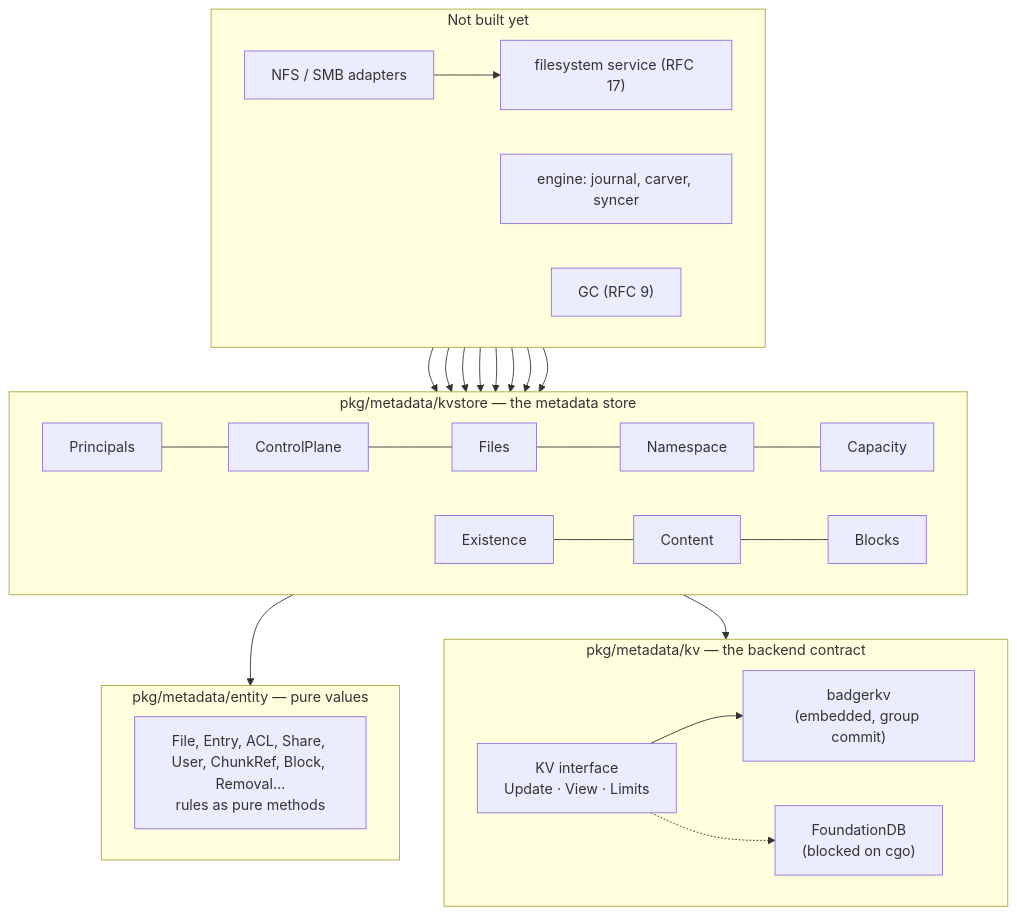
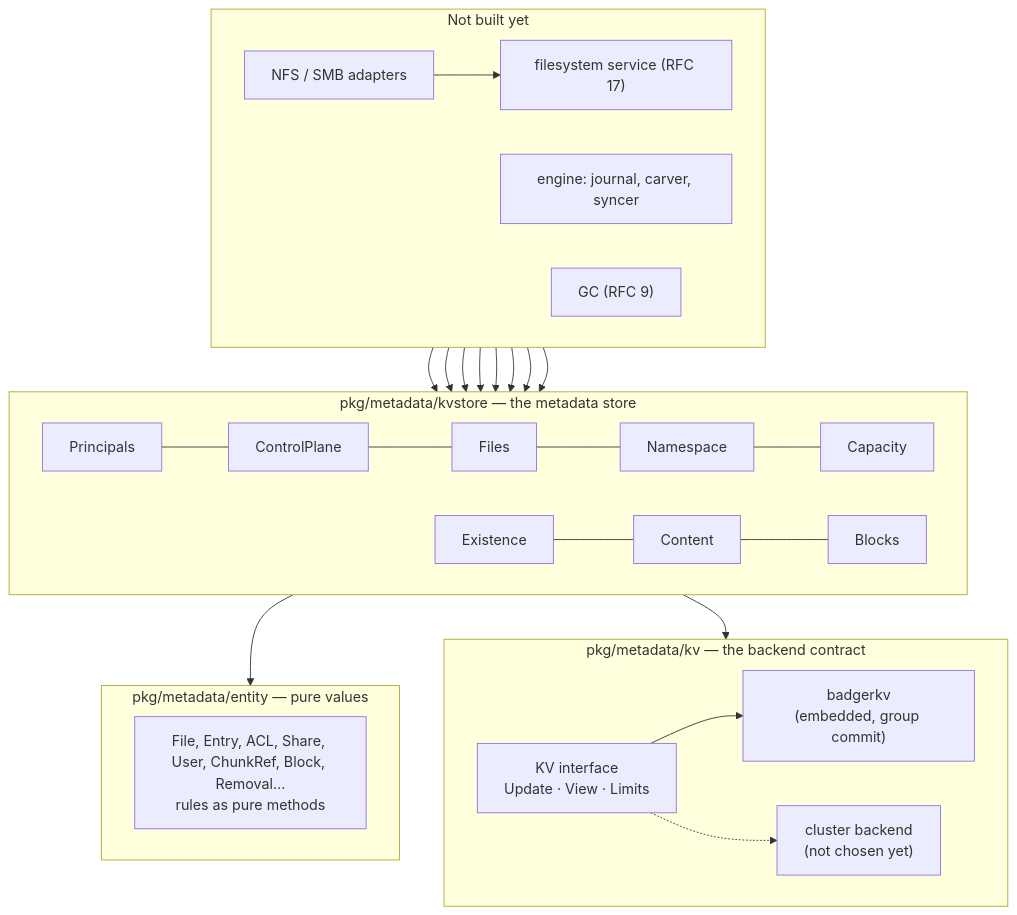
Before and after one commit to esignoretti/dittofs: the first of 12 diagrams in docs/internals/kv-layer-guide.md, drawn with Mermaid. The commit also changed other lines of this file and 3 other files, not shown here.

````diff
--- a/docs/internals/kv-layer-guide.md
+++ b/docs/internals/kv-layer-guide.md
@@ -13,27 +13,27 @@
 ```mermaid
 flowchart TB
   subgraph future["Not built yet"]
     direction LR
     ad["NFS / SMB adapters"] --> vfs["filesystem service (RFC 17)"]
     eng["engine: journal, carver, syncer"]
     gc["GC (RFC 9)"]
   end
   subgraph kvstore["pkg/metadata/kvstore — the metadata store"]
     direction LR
     pr["Principals"] --- cp["ControlPlane"] --- fi["Files"] --- ns["Namespace"] --- ca["Capacity"]
     ex["Existence"] --- co["Content"] --- bl["Blocks"]
   end
   subgraph entity["pkg/metadata/entity — pure values"]
     en["File, Entry, ACL, Share, User, ChunkRef, Block, Removal…<br/>rules as pure methods"]
   end
   subgraph kv["pkg/metadata/kv — the backend contract"]
     direction LR
     kvi["KV interface<br/>Update · View · Limits"] --> badger["badgerkv<br/>(embedded, group commit)"]
-    kvi -.-> fdb["FoundationDB<br/>(blocked on cgo)"]
+    kvi -.-> cl["cluster backend<br/>(not chosen yet)"]
   end
   vfs --> pr & fi & ns & cp & ca
   eng --> ex & co
   gc --> bl
   kvstore --> entity
   kvstore --> kvi
 ```
````
